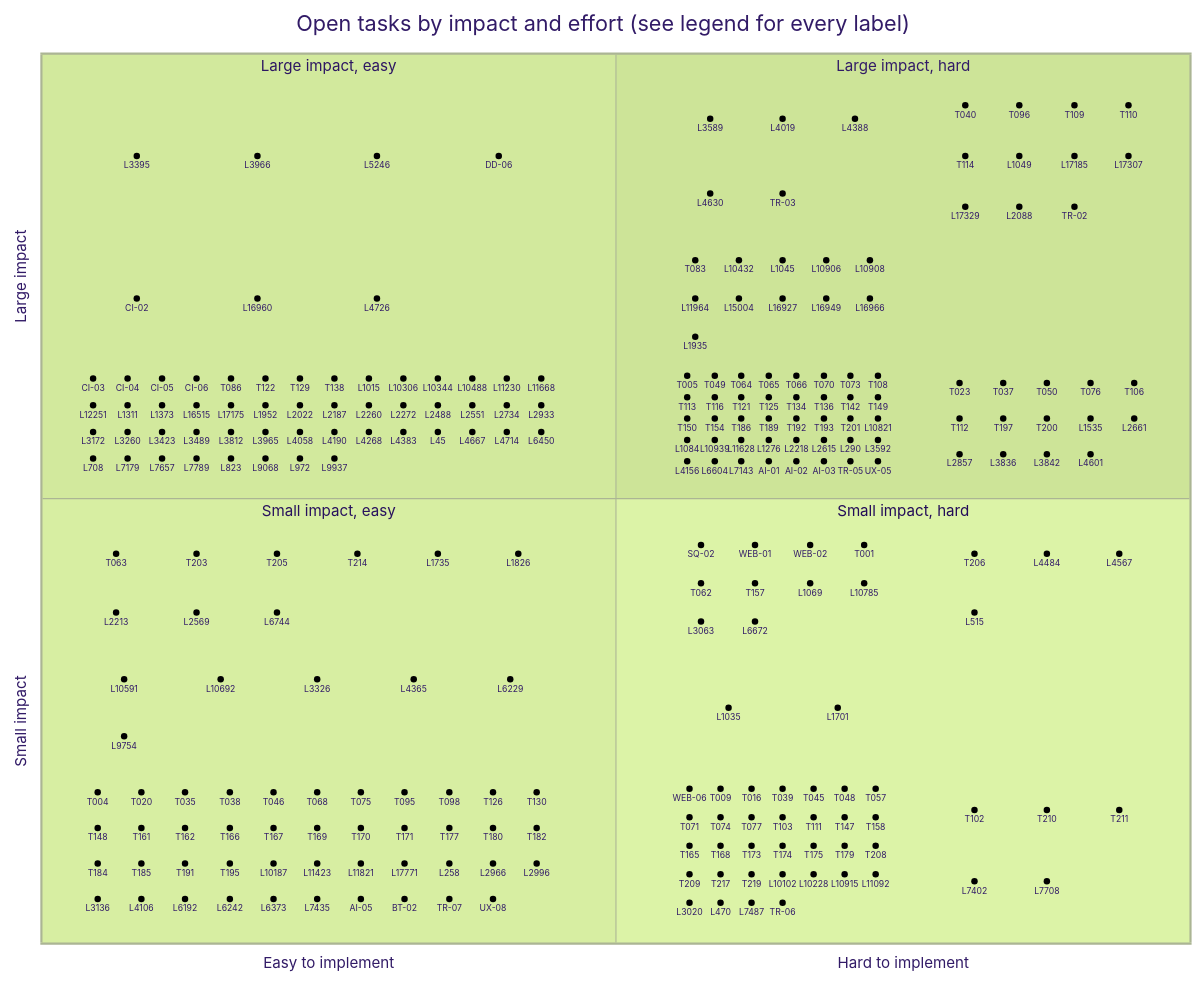
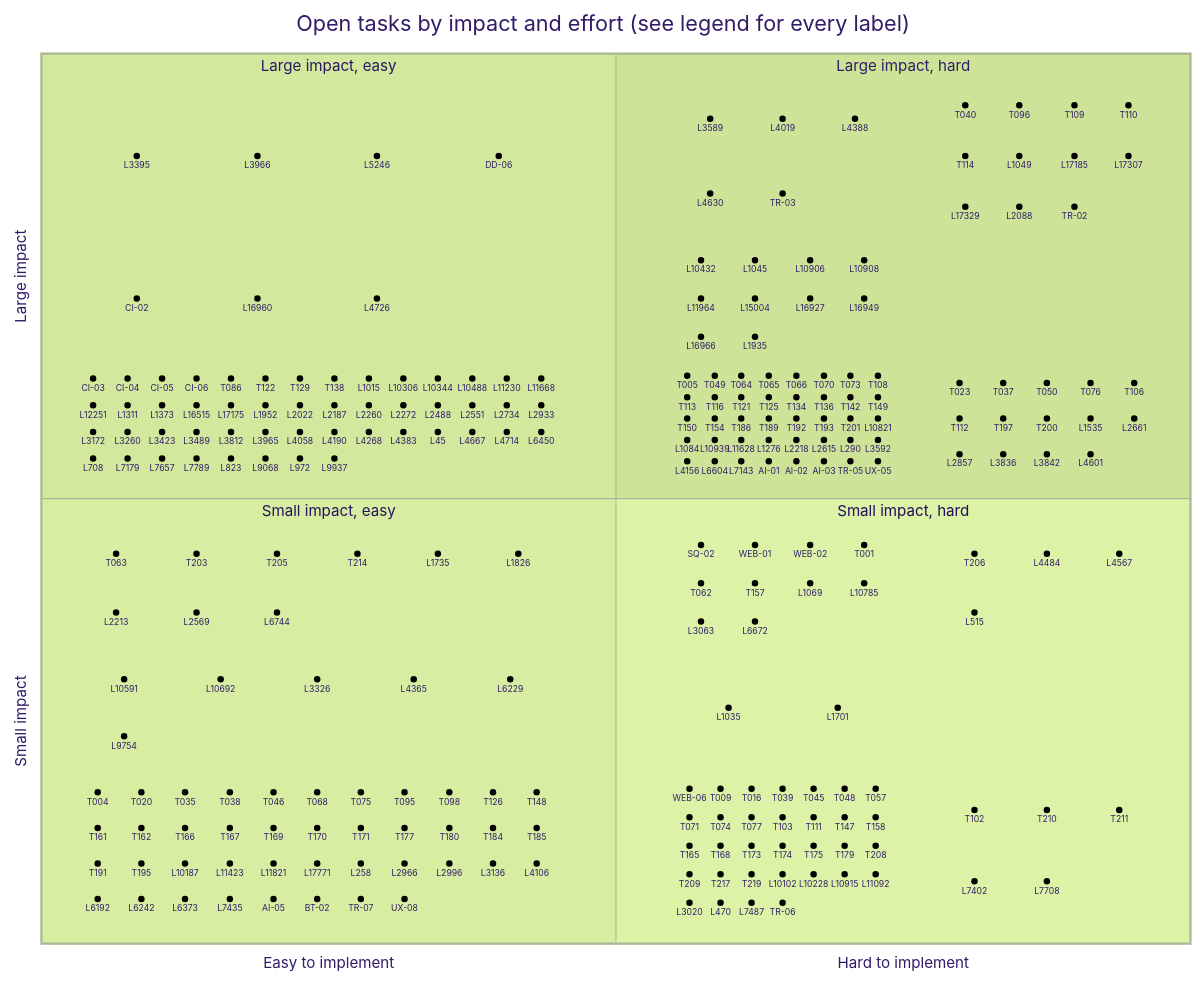
One commit to falkcorp/audiobook-organizer changed the diagram in docs/agent-tasks/todo-completion-2026-09/QUADRANT.md. Above: the diagram before and after it, drawn with Mermaid (forest theme). The commit also changed other lines of this file and 3 other files, not shown here.

```diff
--- a/docs/agent-tasks/todo-completion-2026-09/QUADRANT.md
+++ b/docs/agent-tasks/todo-completion-2026-09/QUADRANT.md
@@ -60,17 +60,16 @@
     CI-02: [0.083, 0.725]
     L16960: [0.188, 0.725]
     L4726: [0.292, 0.725]
-    T083: [0.569, 0.768]
-    L10432: [0.607, 0.768]
-    L1045: [0.645, 0.768]
-    L10906: [0.683, 0.768]
-    L10908: [0.721, 0.768]
-    L11964: [0.569, 0.725]
-    L15004: [0.607, 0.725]
-    L16927: [0.645, 0.725]
-    L16949: [0.683, 0.725]
-    L16966: [0.721, 0.725]
-    L1935: [0.569, 0.682]
+    L10432: [0.574, 0.768]
+    L1045: [0.621, 0.768]
+    L10906: [0.669, 0.768]
+    L10908: [0.716, 0.768]
+    L11964: [0.574, 0.725]
+    L15004: [0.621, 0.725]
+    L16927: [0.669, 0.725]
+    L16949: [0.716, 0.725]
+    L16966: [0.574, 0.682]
+    L1935: [0.621, 0.682]
     CI-03: [0.045, 0.635]
     CI-04: [0.075, 0.635]
     CI-05: [0.105, 0.635]
@@ -217,39 +216,37 @@
     T095: [0.316, 0.17]
     T098: [0.355, 0.17]
     T126: [0.393, 0.17]
-    T130: [0.431, 0.17]
-    T148: [0.049, 0.13]
-    T161: [0.087, 0.13]
-    T162: [0.125, 0.13]
-    T166: [0.164, 0.13]
-    T167: [0.202, 0.13]
-    T169: [0.24, 0.13]
-    T170: [0.278, 0.13]
-    T171: [0.316, 0.13]
-    T177: [0.355, 0.13]
-    T180: [0.393, 0.13]
-    T182: [0.431, 0.13]
-    T184: [0.049, 0.09]
-    T185: [0.087, 0.09]
-    T191: [0.125, 0.09]
-    T195: [0.164, 0.09]
-    L10187: [0.202, 0.09]
-    L11423: [0.24, 0.09]
-    L11821: [0.278, 0.09]
-    L17771: [0.316, 0.09]
-    L258: [0.355, 0.09]
-    L2966: [0.393, 0.09]
-    L2996: [0.431, 0.09]
-    L3136: [0.049, 0.05]
-    L4106: [0.087, 0.05]
-    L6192: [0.125, 0.05]
-    L6242: [0.164, 0.05]
-    L6373: [0.202, 0.05]
-    L7435: [0.24, 0.05]
-    AI-05: [0.278, 0.05]
-    BT-02: [0.316, 0.05]
-    TR-07: [0.355, 0.05]
-    UX-08: [0.393, 0.05]
+    T148: [0.431, 0.17]
+    T161: [0.049, 0.13]
+    T162: [0.087, 0.13]
+    T166: [0.125, 0.13]
+    T167: [0.164, 0.13]
+    T169: [0.202, 0.13]
+    T170: [0.24, 0.13]
+    T171: [0.278, 0.13]
+    T177: [0.316, 0.13]
+    T180: [0.355, 0.13]
+    T184: [0.393, 0.13]
+    T185: [0.431, 0.13]
+    T191: [0.049, 0.09]
+    T195: [0.087, 0.09]
+    L10187: [0.125, 0.09]
+    L11423: [0.164, 0.09]
+    L11821: [0.202, 0.09]
+    L17771: [0.24, 0.09]
+    L258: [0.278, 0.09]
+    L2966: [0.316, 0.09]
+    L2996: [0.355, 0.09]
+    L3136: [0.393, 0.09]
+    L4106: [0.431, 0.09]
+    L6192: [0.049, 0.05]
+    L6242: [0.087, 0.05]
+    L6373: [0.125, 0.05]
+    L7435: [0.164, 0.05]
+    AI-05: [0.202, 0.05]
+    BT-02: [0.24, 0.05]
+    TR-07: [0.278, 0.05]
+    UX-08: [0.316, 0.05]
     T009: [0.591, 0.174]
     T016: [0.618, 0.174]
     T039: [0.645, 0.174]
```
